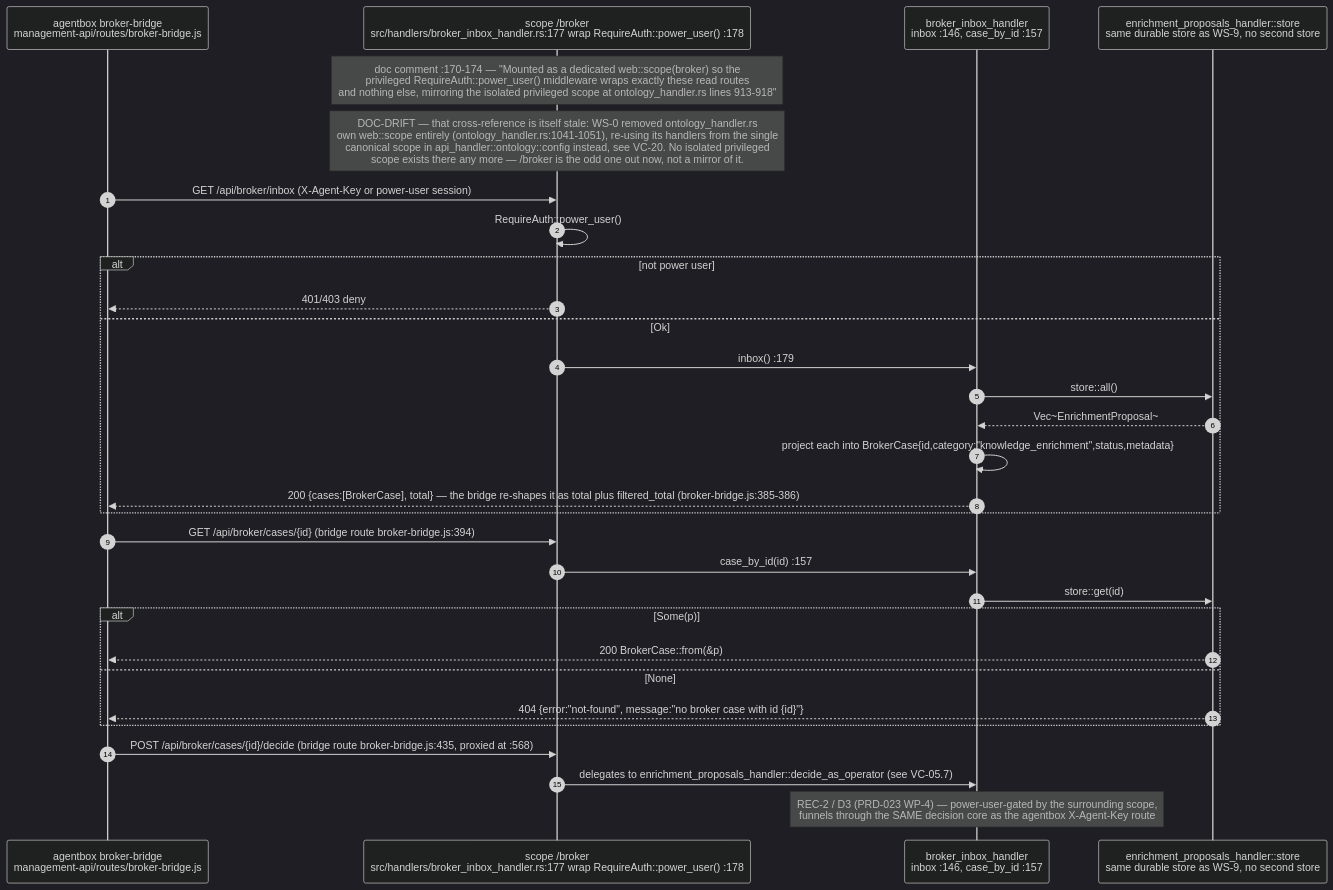
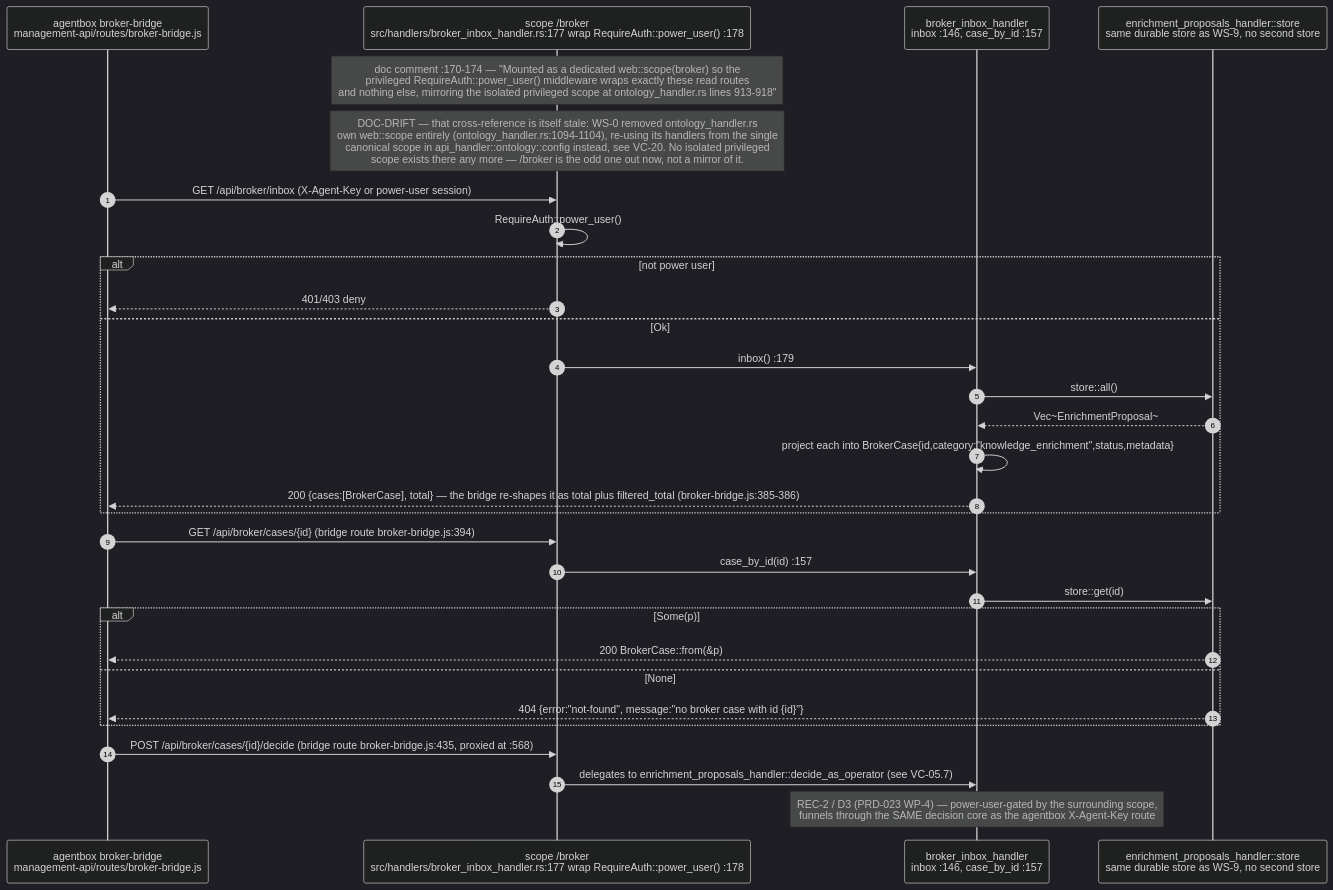
One commit to DreamLab-AI/VisionFlow changed the seventh of 15 diagrams in docs/diagrams/visionclaw/05-handlers-governance-and-identity.md. Above: the diagram before and after it, drawn with Mermaid (dark theme). The commit also changed other lines of this file and 8 other files, not shown here.

Commit message:
docs(diagrams): multi-MCP discovery is real; re-stamp visionclaw 01/03/05/09/27 and estate/02

````diff
--- a/docs/diagrams/visionclaw/05-handlers-governance-and-identity.md
+++ b/docs/diagrams/visionclaw/05-handlers-governance-and-identity.md
@@ -417,33 +419,33 @@
 ```mermaid
 sequenceDiagram
     autonumber
     participant C as agentbox broker-bridge<br/>management-api/routes/broker-bridge.js
     participant SC as scope /broker<br/>src/handlers/broker_inbox_handler.rs:177 wrap RequireAuth::power_user() :178
     participant H as broker_inbox_handler<br/>inbox :146, case_by_id :157
     participant ST as enrichment_proposals_handler::store<br/>same durable store as WS-9, no second store
 
     Note over SC: doc comment :170-174 — "Mounted as a dedicated web::scope(broker) so the<br/>privileged RequireAuth::power_user() middleware wraps exactly these read routes<br/>and nothing else, mirroring the isolated privileged scope at ontology_handler.rs lines 913-918"
-    Note over SC: DOC-DRIFT — that cross-reference is itself stale: WS-0 removed ontology_handler.rs<br/>own web::scope entirely (ontology_handler.rs:1041-1051), re-using its handlers from the single<br/>canonical scope in api_handler::ontology::config instead, see VC-20. No isolated privileged<br/>scope exists there any more — /broker is the odd one out now, not a mirror of it.
+    Note over SC: DOC-DRIFT — that cross-reference is itself stale: WS-0 removed ontology_handler.rs<br/>own web::scope entirely (ontology_handler.rs:1094-1104), re-using its handlers from the single<br/>canonical scope in api_handler::ontology::config instead, see VC-20. No isolated privileged<br/>scope exists there any more — /broker is the odd one out now, not a mirror of it.
     C->>SC: GET /api/broker/inbox (X-Agent-Key or power-user session)
     SC->>SC: RequireAuth::power_user()
     alt not power user
         SC-->>C: 401/403 deny
     else Ok
         SC->>H: inbox() :179
         H->>ST: store::all()
         ST-->>H: Vec~EnrichmentProposal~
         H->>H: project each into BrokerCase{id,category:"knowledge_enrichment",status,metadata}
         H-->>C: 200 {cases:[BrokerCase], total} — the bridge re-shapes it as total plus filtered_total (broker-bridge.js:385-386)
     end
     C->>SC: GET /api/broker/cases/{id} (bridge route broker-bridge.js:394)
     SC->>H: case_by_id(id) :157
     H->>ST: store::get(id)
     alt Some(p)
         ST-->>C: 200 BrokerCase::from(&p)
     else None
         ST-->>C: 404 {error:"not-found", message:"no broker case with id {id}"}
     end
     C->>SC: POST /api/broker/cases/{id}/decide (bridge route broker-bridge.js:435, proxied at :568)
     SC->>H: delegates to enrichment_proposals_handler::decide_as_operator (see VC-05.7)
     Note over H: REC-2 / D3 (PRD-023 WP-4) — power-user-gated by the surrounding scope,<br/>funnels through the SAME decision core as the agentbox X-Agent-Key route
 ```
````
